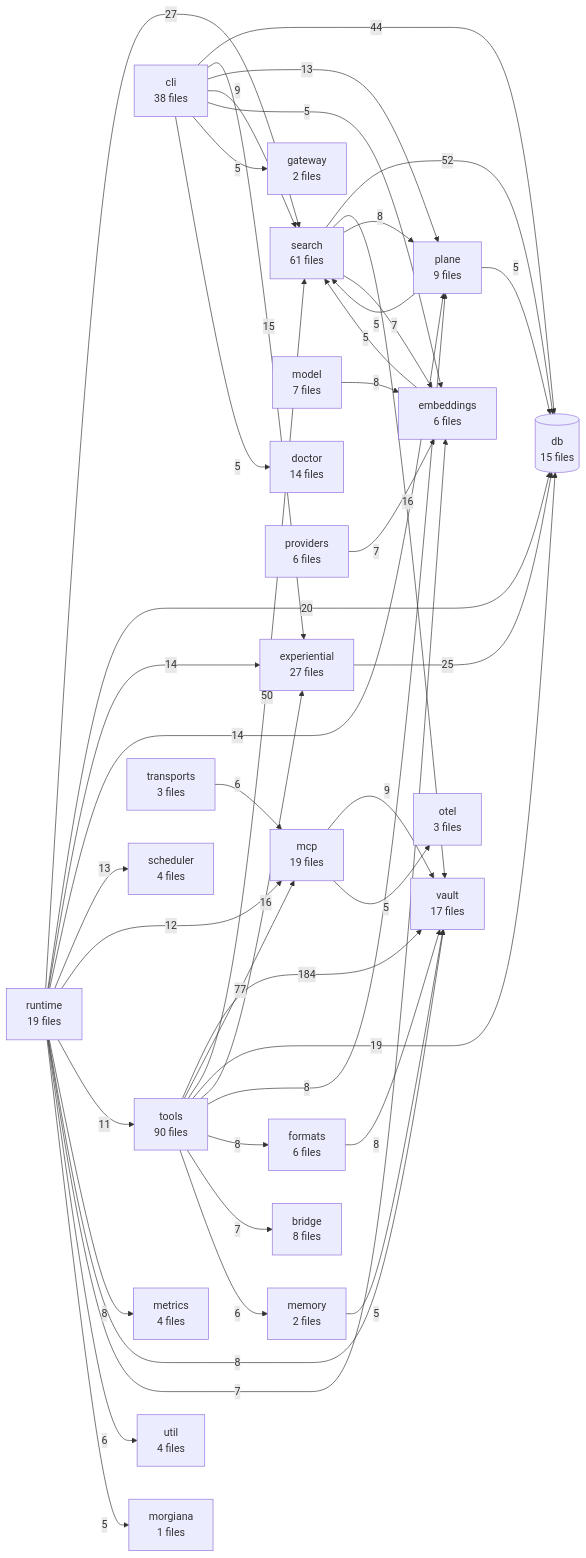
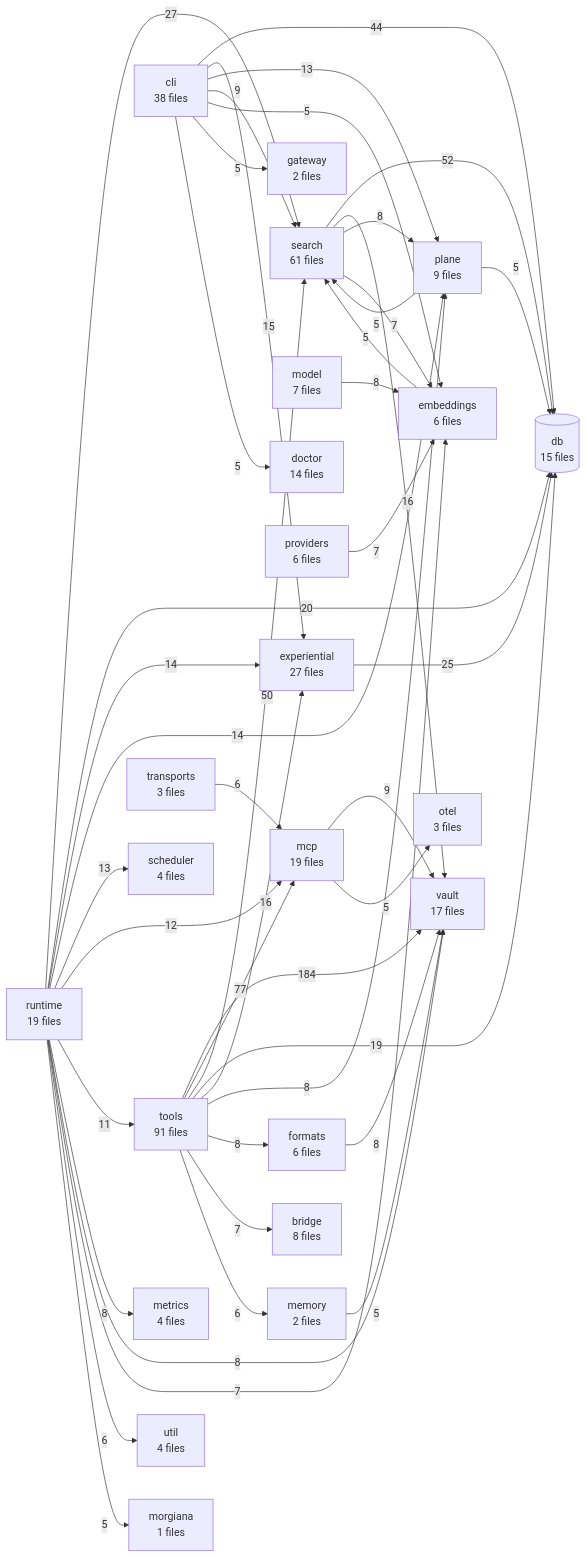
The diagram in TREE.md (The-40-Thieves/obsidian-tc), drawn with Mermaid before and after one commit. The commit also changed other lines of this file and 12 other files, not shown here.

````diff
--- a/TREE.md
+++ b/TREE.md
@@ -309,70 +309,70 @@
 ```mermaid
 flowchart LR
-  tools[tools<br/>90 files]
+  tools[tools<br/>91 files]
   search[search<br/>61 files]
   cli[cli<br/>38 files]
   experiential[experiential<br/>27 files]
   mcp[mcp<br/>19 files]
   runtime[runtime<br/>19 files]
   vault[vault<br/>17 files]
   db[(db<br/>15 files)]
   doctor[doctor<br/>14 files]
   plane[plane<br/>9 files]
   bridge[bridge<br/>8 files]
   model[model<br/>7 files]
   embeddings[embeddings<br/>6 files]
   formats[formats<br/>6 files]
   providers[providers<br/>6 files]
   metrics[metrics<br/>4 files]
   scheduler[scheduler<br/>4 files]
   util[util<br/>4 files]
   otel[otel<br/>3 files]
   transports[transports<br/>3 files]
   gateway[gateway<br/>2 files]
   memory[memory<br/>2 files]
   morgiana[morgiana<br/>1 files]
 
   tools -->|184| vault
   tools -->|77| mcp
   search -->|52| db
   tools -->|50| search
   cli -->|44| db
   runtime -->|27| search
   experiential -->|25| db
   runtime -->|20| db
   tools -->|19| db
   search -->|16| vault
   tools -->|16| experiential
   cli -->|15| experiential
   runtime -->|14| experiential
   runtime -->|14| plane
   cli -->|13| plane
   runtime -->|13| scheduler
   runtime -->|12| mcp
   runtime -->|11| tools
   cli -->|9| search
   mcp -->|9| vault
   formats -->|8| vault
   model -->|8| embeddings
   runtime -->|8| metrics
   runtime -->|8| vault
   search -->|8| plane
   tools -->|8| plane
   tools -->|8| formats
   providers -->|7| embeddings
   runtime -->|7| embeddings
   search -->|7| embeddings
   tools -->|7| bridge
   runtime -->|6| util
   tools -->|6| memory
   transports -->|6| mcp
   cli -->|5| embeddings
   cli -->|5| gateway
   cli -->|5| doctor
   embeddings -->|5| search
   mcp -->|5| otel
   memory -->|5| vault
   plane -->|5| db
   plane -->|5| search
   runtime -->|5| morgiana
 ```
````
